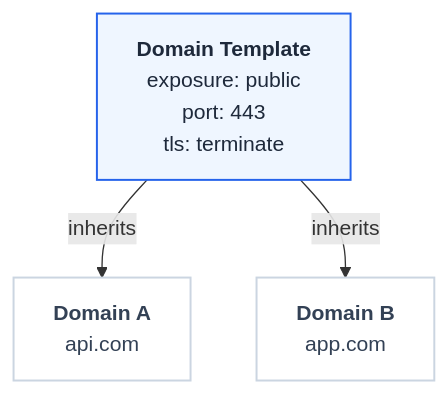
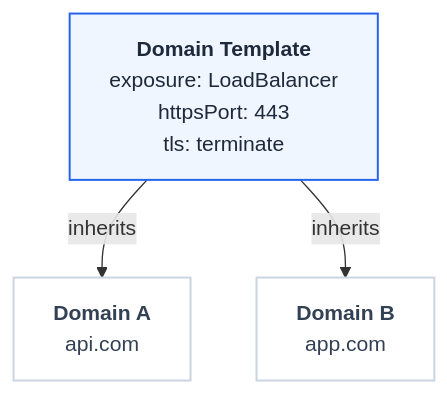
One commit to fastgateway-dev/fastgateway.dev changed the diagram in docs/concepts/domain-templates.md. Above: the diagram before and after it, drawn with Mermaid. The commit also changed other lines of this file and 26 other files, not shown here.

````diff
--- a/docs/concepts/domain-templates.md
+++ b/docs/concepts/domain-templates.md
@@ -22,11 +27,11 @@
 ```mermaid
 flowchart TD
-    T["<b>Domain Template</b><br/>exposure: public<br/>port: 443<br/>tls: terminate"]
+    T["<b>Domain Template</b><br/>exposure: LoadBalancer<br/>httpsPort: 443<br/>tls: terminate"]
     T -->|inherits| A["<b>Domain A</b><br/>api.com"]
     T -->|inherits| B["<b>Domain B</b><br/>app.com"]
 
     classDef template fill:#eff6ff,stroke:#2563eb,stroke-width:1.5px,color:#1e293b;
     classDef domain fill:#ffffff,stroke:#cbd5e1,stroke-width:1.5px,color:#334155;
     class T template;
     class A,B domain;
 ```
````
